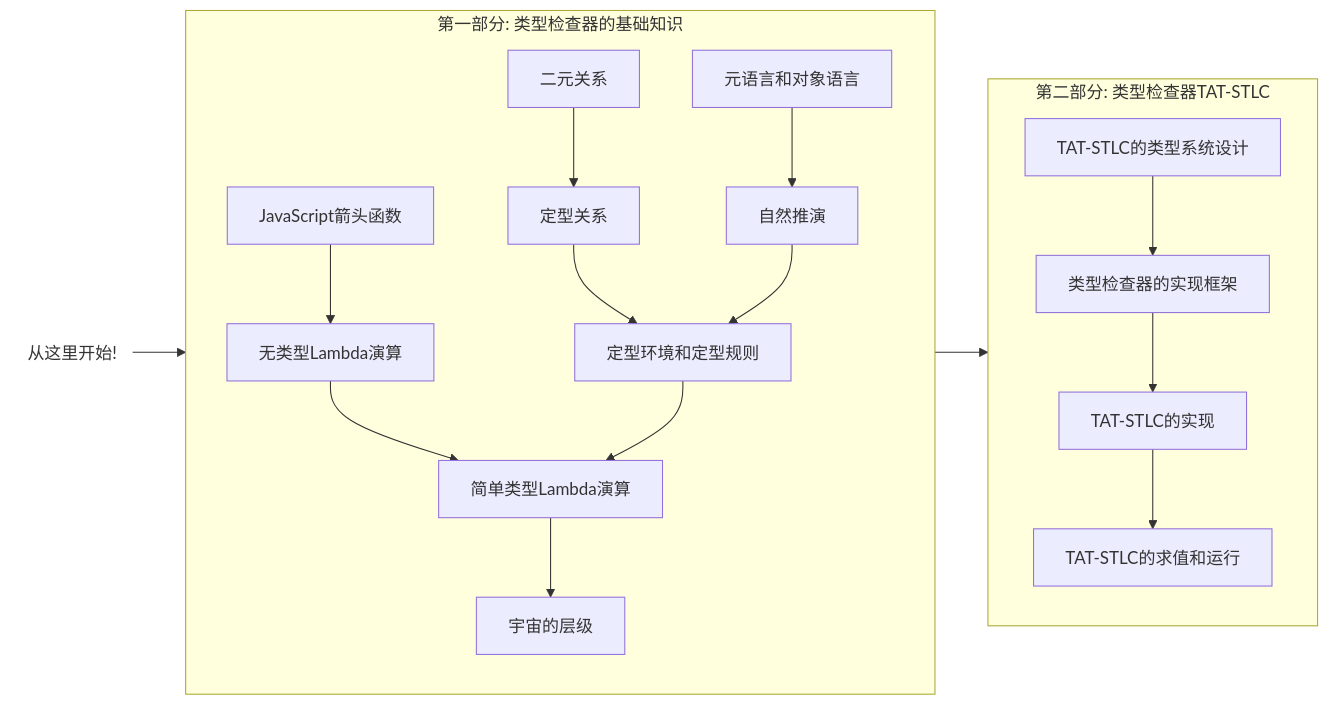
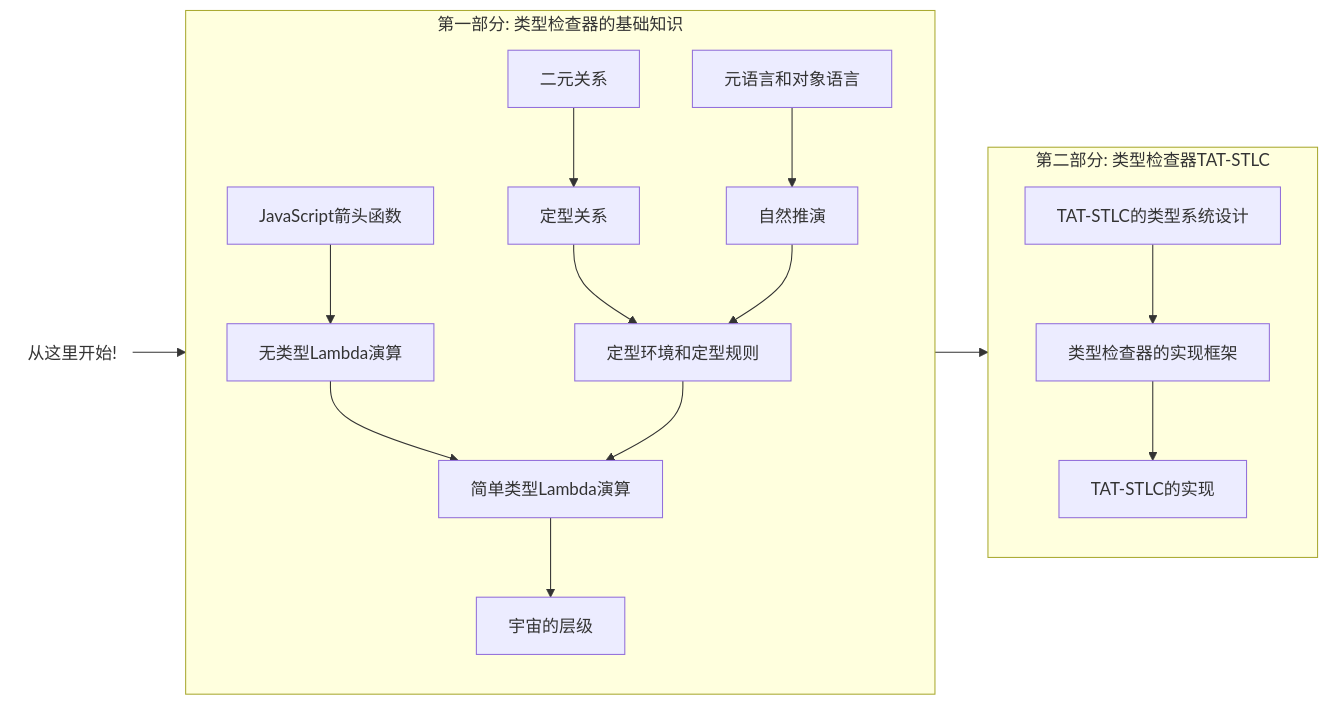
One commit to suica/write-you-a-typescript changed the diagram in slides/slides.md. Above: the diagram before and after it, drawn with Mermaid. The commit also changed other lines of this file, not shown here.

````diff
--- a/slides/slides.md
+++ b/slides/slides.md
@@ -450,23 +455,23 @@
 ```mermaid {scale: 0.9}
 flowchart LR
   subgraph Part1[第一部分: 类型检查器的基础知识]
     direction TB
     ArrowFunction[JavaScript箭头函数] --> UTLC[无类型Lambda演算]
     UTLC --> STLC --> 宇宙的层级
     BinaryRelation[二元关系] --> TypingRelation[定型关系]
     TypingRelation --> TypingContext[定型环境和定型规则]
     TypingContext --> STLC[简单类型Lambda演算]
     MetaLanguage[元语言和对象语言] --> NaturalDeduction[自然推演]
     NaturalDeduction --> TypingContext
   end
 
   subgraph Part2[第二部分: 类型检查器TAT-STLC]
     direction TB
     TATRules[TAT-STLC的类型系统设计] --> TATFrameWork[类型检查器的实现框架]
-    TATFrameWork --> TATTypeScriptImpl[TAT-STLC的实现] --> TATEval[TAT-STLC的求值和运行]
+    TATFrameWork --> TATTypeScriptImpl[TAT-STLC的实现]
   end
 
   Start(从这里开始!) --> Part1 --> Part2
   style Start fill:none,stroke:none
 
 ```
````
